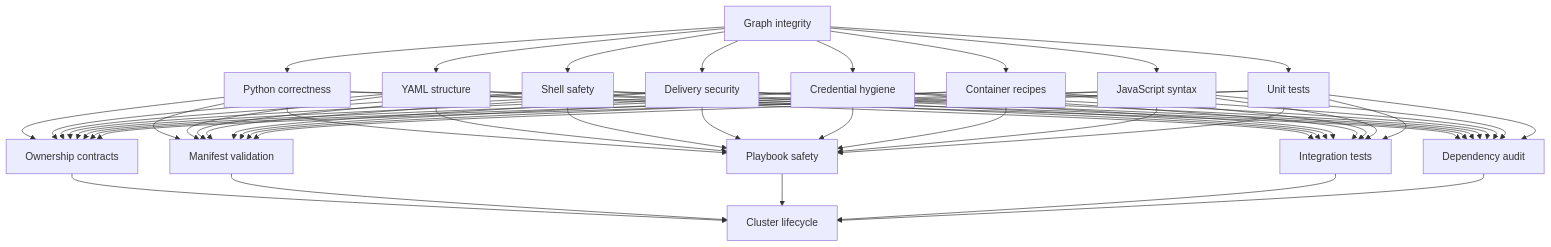
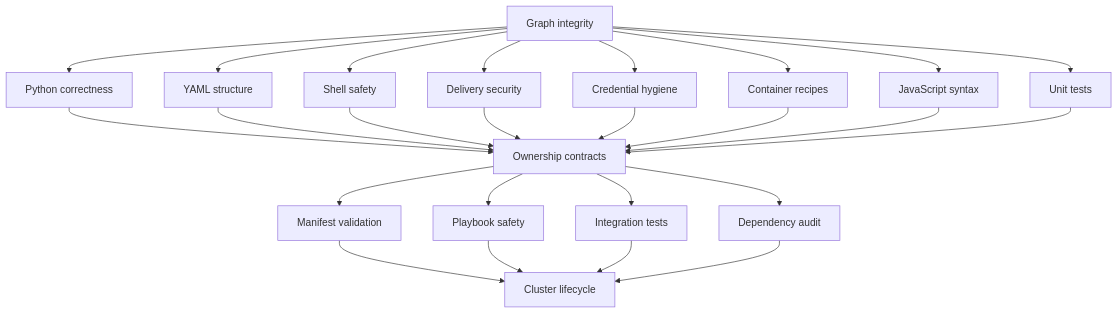
The diagram in docs/quality/README.md (alchemmist/homelab), drawn with Mermaid before and after one commit. The commit also changed other lines of this file and 7 other files, not shown here.

````diff
--- a/docs/quality/README.md
+++ b/docs/quality/README.md
@@ -9,17 +9,17 @@
 ```mermaid
 flowchart TD
     G[Graph integrity] --> P[Python correctness]
     G --> Y[YAML structure]
     G --> S[Shell safety]
     G --> W[Delivery security]
     G --> C[Credential hygiene]
     G --> D[Container recipes]
     G --> J[JavaScript syntax]
     G --> U[Unit tests]
     P & Y & S & W & C & D & J & U --> O[Ownership contracts]
-    P & Y & S & W & C & D & J & U --> M[Manifest validation]
-    P & Y & S & W & C & D & J & U --> A[Playbook safety]
-    P & Y & S & W & C & D & J & U --> I[Integration tests]
-    P & Y & S & W & C & D & J & U --> V[Dependency audit]
-    O & M & A & I & V --> K[Cluster lifecycle]
+    O --> M[Manifest validation]
+    O --> A[Playbook safety]
+    O --> I[Integration tests]
+    O --> V[Dependency audit]
+    M & A & I & V --> K[Cluster lifecycle]
 ```
````
